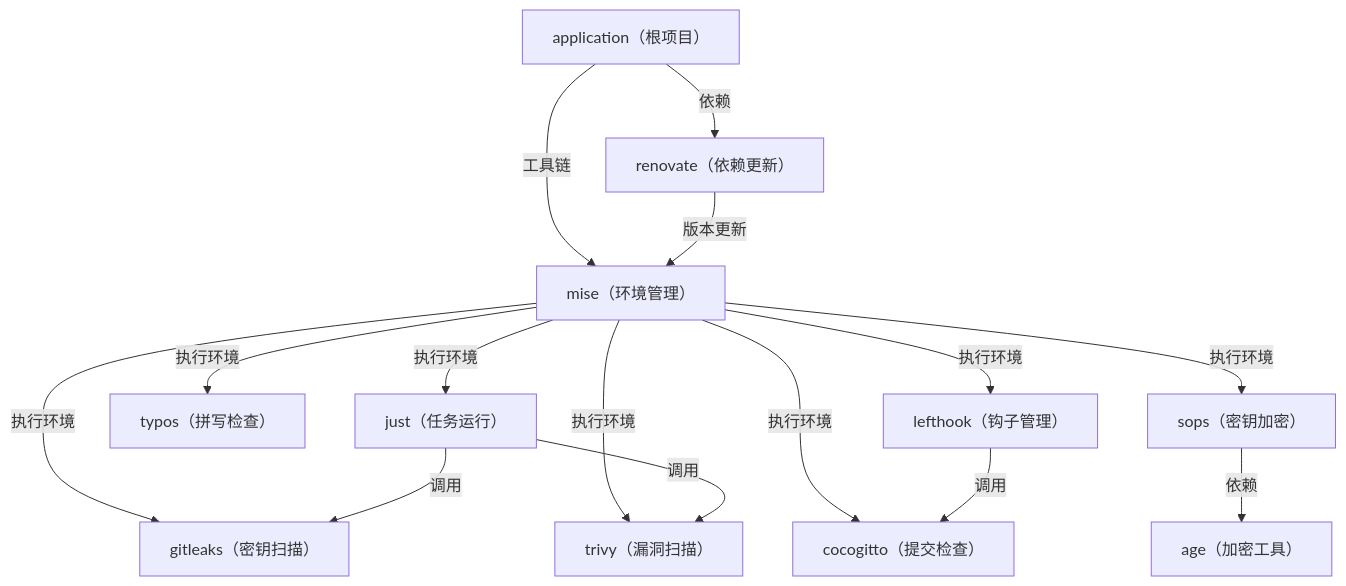
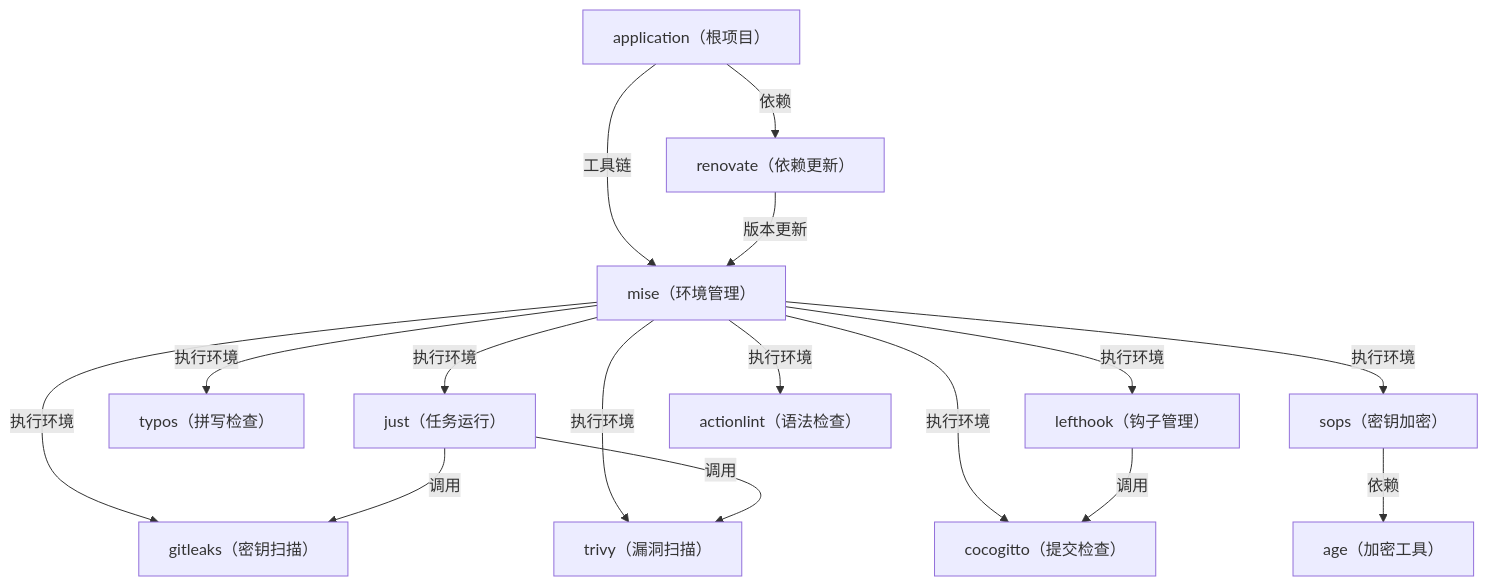
Before and after one commit to sweets-wtt/application: the diagram in README.md, drawn with Mermaid. The commit also changed 2 other files, not shown here.

Commit message:
chore(toolchain): 语法检查初始化

````diff
--- a/README.md
+++ b/README.md
@@ -10,18 +10,19 @@
 ```mermaid
 flowchart TD
     application["application（根项目）"]
     application -->|工具链| mise["mise（环境管理）"]
     mise -->|执行环境| just["just（任务运行）"]
     mise -->|执行环境| typos["typos（拼写检查）"]
     mise -->|执行环境| cocogitto["cocogitto（提交检查）"]
     mise -->|执行环境| lefthook["lefthook（钩子管理）"]
     lefthook -->|调用| cocogitto["cocogitto（提交检查）"]
     mise -->|执行环境| gitleaks["gitleaks（密钥扫描）"]
     just -->|调用| gitleaks["gitleaks（密钥扫描）"]
     application -->|依赖| renovate["renovate（依赖更新）"]
     renovate -->|版本更新| mise["mise（环境管理）"]
     mise -->|执行环境| sops["sops（密钥加密）"]
     sops -->|依赖| age["age（加密工具）"]
     mise -->|执行环境| trivy["trivy（漏洞扫描）"]
     just -->|调用| trivy["trivy（漏洞扫描）"]
+    mise -->|执行环境| actionlint["actionlint（语法检查）"]
 ```
````
